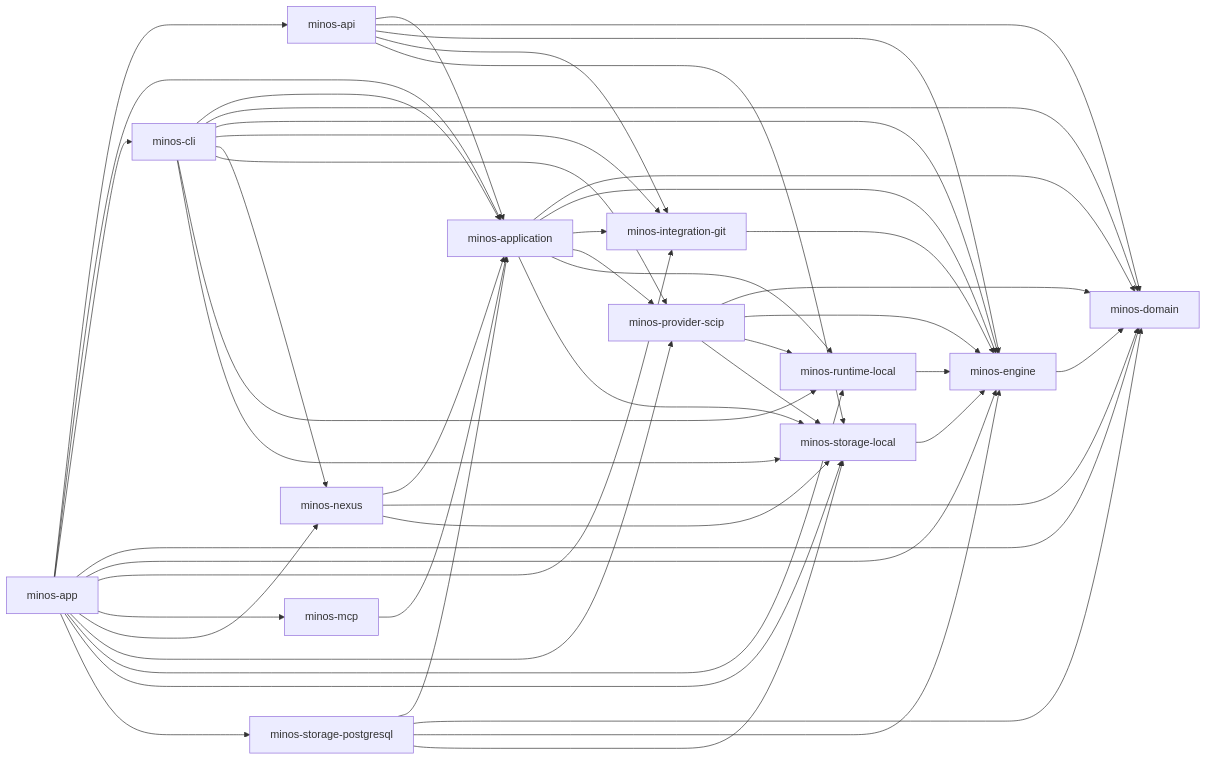
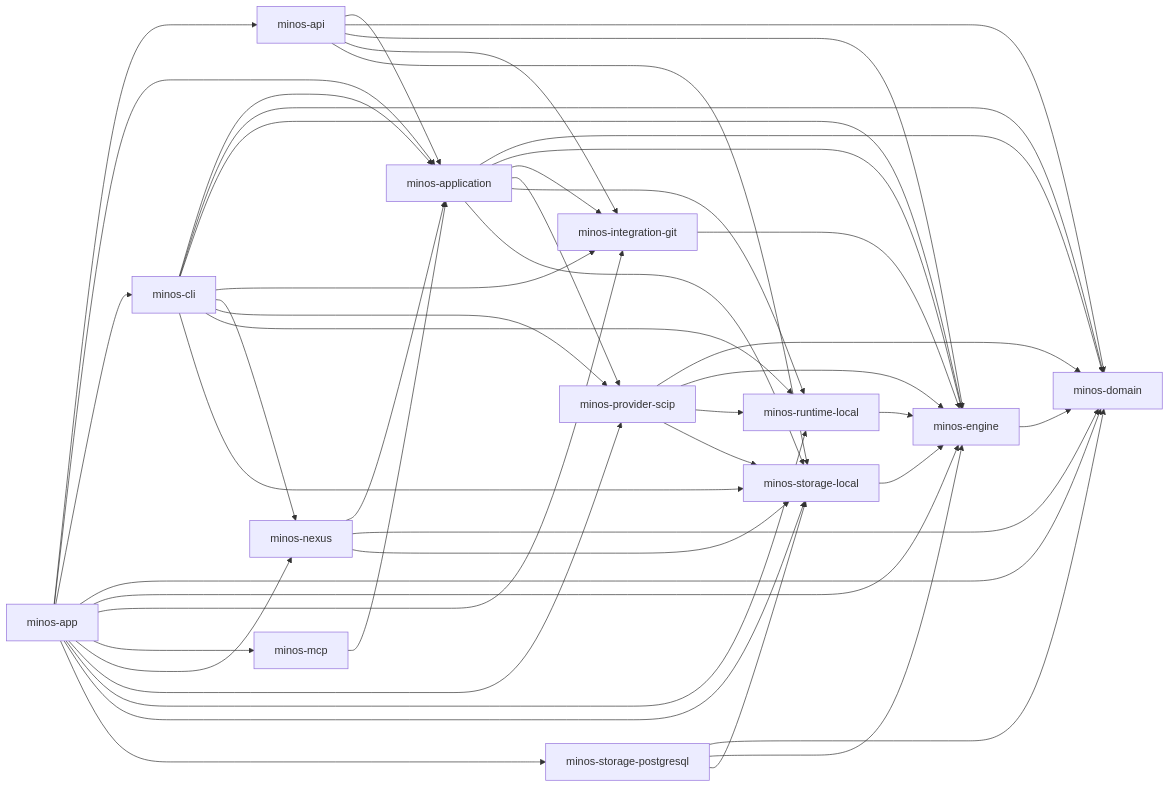
Before and after one commit to FTurleque/minos-code-intelligence: the diagram in docs/architecture/diagrams/module-dependencies.md, drawn with Mermaid. The commit also changed other lines of this file and 4 other files, not shown here.

````diff
--- a/docs/architecture/diagrams/module-dependencies.md
+++ b/docs/architecture/diagrams/module-dependencies.md
@@ -8,63 +8,62 @@
 ```mermaid
 flowchart LR
     minos_domain["minos-domain"]
     minos_engine["minos-engine"]
     minos_runtime_local["minos-runtime-local"]
     minos_storage_local["minos-storage-local"]
     minos_storage_postgresql["minos-storage-postgresql"]
     minos_provider_scip["minos-provider-scip"]
     minos_integration_git["minos-integration-git"]
     minos_application["minos-application"]
     minos_nexus["minos-nexus"]
     minos_cli["minos-cli"]
     minos_api["minos-api"]
     minos_mcp["minos-mcp"]
     minos_app["minos-app"]
     minos_engine --> minos_domain
     minos_runtime_local --> minos_engine
     minos_storage_local --> minos_engine
-    minos_storage_postgresql --> minos_application
     minos_storage_postgresql --> minos_domain
     minos_storage_postgresql --> minos_engine
     minos_storage_postgresql --> minos_storage_local
     minos_provider_scip --> minos_domain
     minos_provider_scip --> minos_engine
     minos_provider_scip --> minos_runtime_local
     minos_provider_scip --> minos_storage_local
     minos_integration_git --> minos_engine
     minos_application --> minos_domain
     minos_application --> minos_engine
     minos_application --> minos_integration_git
     minos_application --> minos_provider_scip
     minos_application --> minos_runtime_local
     minos_application --> minos_storage_local
     minos_nexus --> minos_application
     minos_nexus --> minos_domain
     minos_nexus --> minos_storage_local
     minos_cli --> minos_application
     minos_cli --> minos_domain
     minos_cli --> minos_engine
     minos_cli --> minos_integration_git
     minos_cli --> minos_nexus
     minos_cli --> minos_provider_scip
     minos_cli --> minos_runtime_local
     minos_cli --> minos_storage_local
     minos_api --> minos_application
     minos_api --> minos_domain
     minos_api --> minos_engine
     minos_api --> minos_integration_git
     minos_api --> minos_storage_local
     minos_mcp --> minos_application
     minos_app --> minos_api
     minos_app --> minos_application
     minos_app --> minos_cli
     minos_app --> minos_domain
     minos_app --> minos_engine
     minos_app --> minos_integration_git
     minos_app --> minos_mcp
     minos_app --> minos_nexus
     minos_app --> minos_provider_scip
     minos_app --> minos_runtime_local
     minos_app --> minos_storage_local
     minos_app --> minos_storage_postgresql
 ```
````
